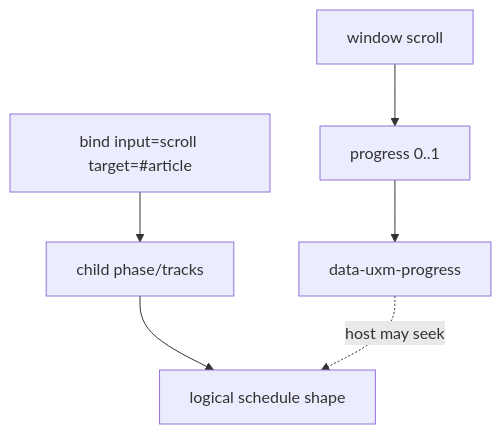
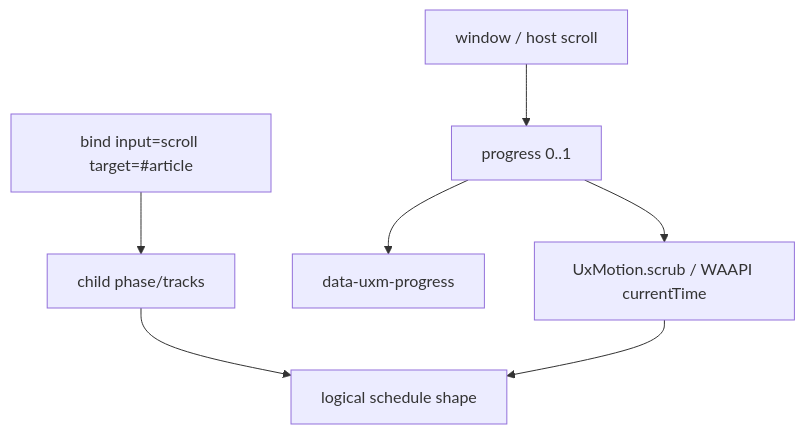
Diagram 15 of 26 in docs/12-DIAGRAMS.md (bitplorer/ux-motion), drawn with Mermaid before and after one commit. The commit also changed 22 other files, not shown here.

First line of the commit message:
Soft 1: lock continuous scroll→progress scrub (#9)

````diff
--- a/docs/12-DIAGRAMS.md
+++ b/docs/12-DIAGRAMS.md
@@ -292,10 +292,11 @@
 ```mermaid
 flowchart TB
   Bind["bind input=scroll target=#article"]
   Child["child phase/tracks"]
   Bind --> Child
-  Scroll["window scroll"] --> Progress["progress 0..1"]
+  Scroll["window / host scroll"] --> Progress["progress 0..1"]
   Progress --> Attr["data-uxm-progress"]
+  Progress --> Scrub["UxMotion.scrub / WAAPI currentTime"]
   Child --> Tape["logical schedule shape"]
-  Attr -.->|"host may seek"| Tape
+  Scrub --> Tape
 ```
````
